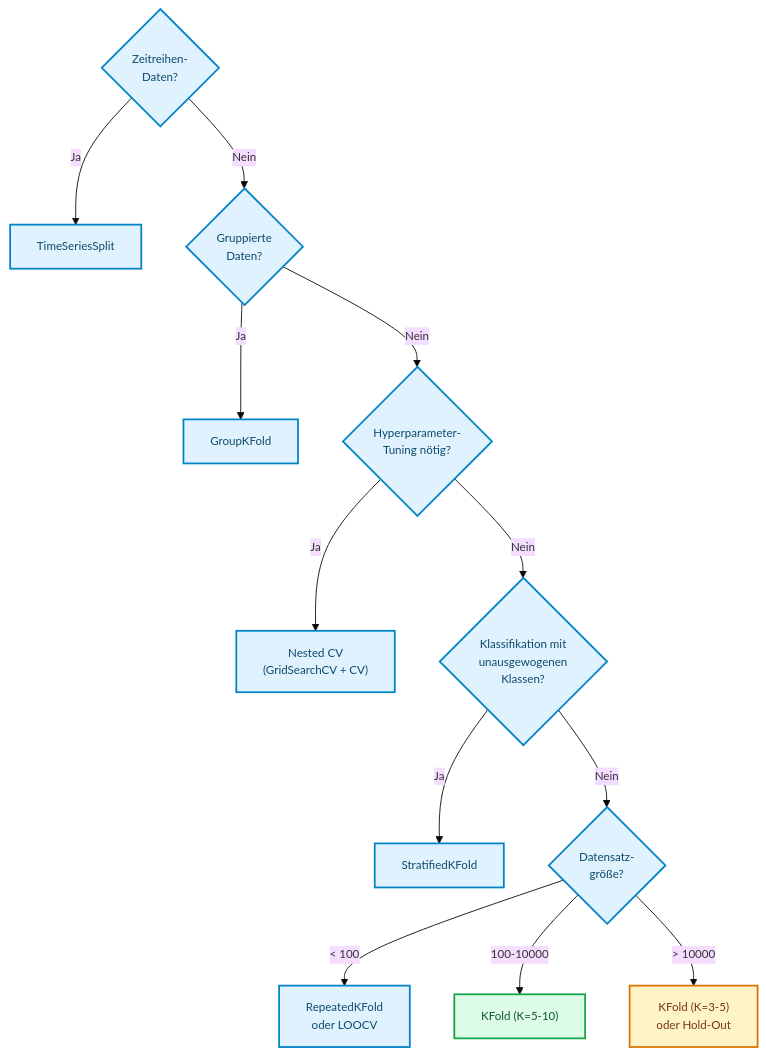
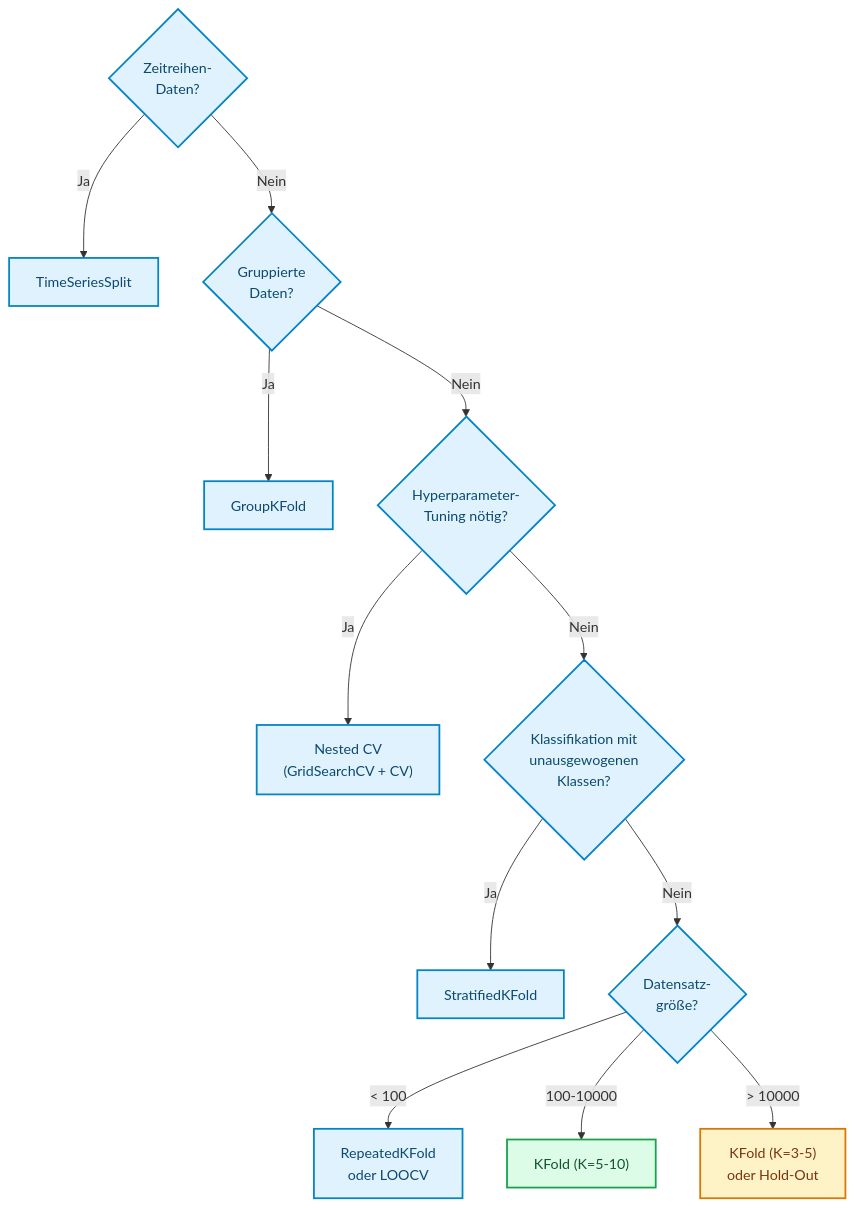
The ninth of 9 diagrams in docs/concepts/evaluate/cross_validation.md (ralf-42/ML_Intro), drawn with Mermaid before and after one commit. The commit also changed other lines of this file and 49 other files, not shown here.

````diff
--- a/docs/concepts/evaluate/cross_validation.md
+++ b/docs/concepts/evaluate/cross_validation.md
@@ -700,28 +709,27 @@
 ```mermaid
 
-%%{init: {'theme': 'base', 'themeVariables': {'fontSize': '13px'}}}%%
 
 flowchart TB
     Q1{Zeitreihen-<br/>Daten?}
     Q1 -->|Ja| A1["TimeSeriesSplit"]
     Q1 -->|Nein| Q2{Gruppierte<br/>Daten?}
     
     Q2 -->|Ja| A2["GroupKFold"]
     Q2 -->|Nein| Q3{Hyperparameter-<br/>Tuning nötig?}
     
     Q3 -->|Ja| A3["Nested CV<br/>(GridSearchCV + CV)"]
     Q3 -->|Nein| Q4{Klassifikation mit<br/>unausgewogenen<br/>Klassen?}
     
     Q4 -->|Ja| A4["StratifiedKFold"]
     Q4 -->|Nein| Q5{Datensatz-<br/>größe?}
     
     Q5 -->|"< 100"| A5["RepeatedKFold<br/>oder LOOCV"]
     Q5 -->|"100-10000"| A6["KFold (K=5-10)"]
     Q5 -->|"> 10000"| A7["KFold (K=3-5)<br/>oder Hold-Out"]
 
 classDef default fill:#e0f2fe,stroke:#0284c7,stroke-width:2px,color:#0c4a6e;
 classDef metric fill:#fef3c7,stroke:#d97706,stroke-width:2px,color:#78350f;
 classDef output fill:#dcfce7,stroke:#16a34a,stroke-width:2px,color:#14532d;
 class A7 metric;
 class A6 output;
 ```
````
